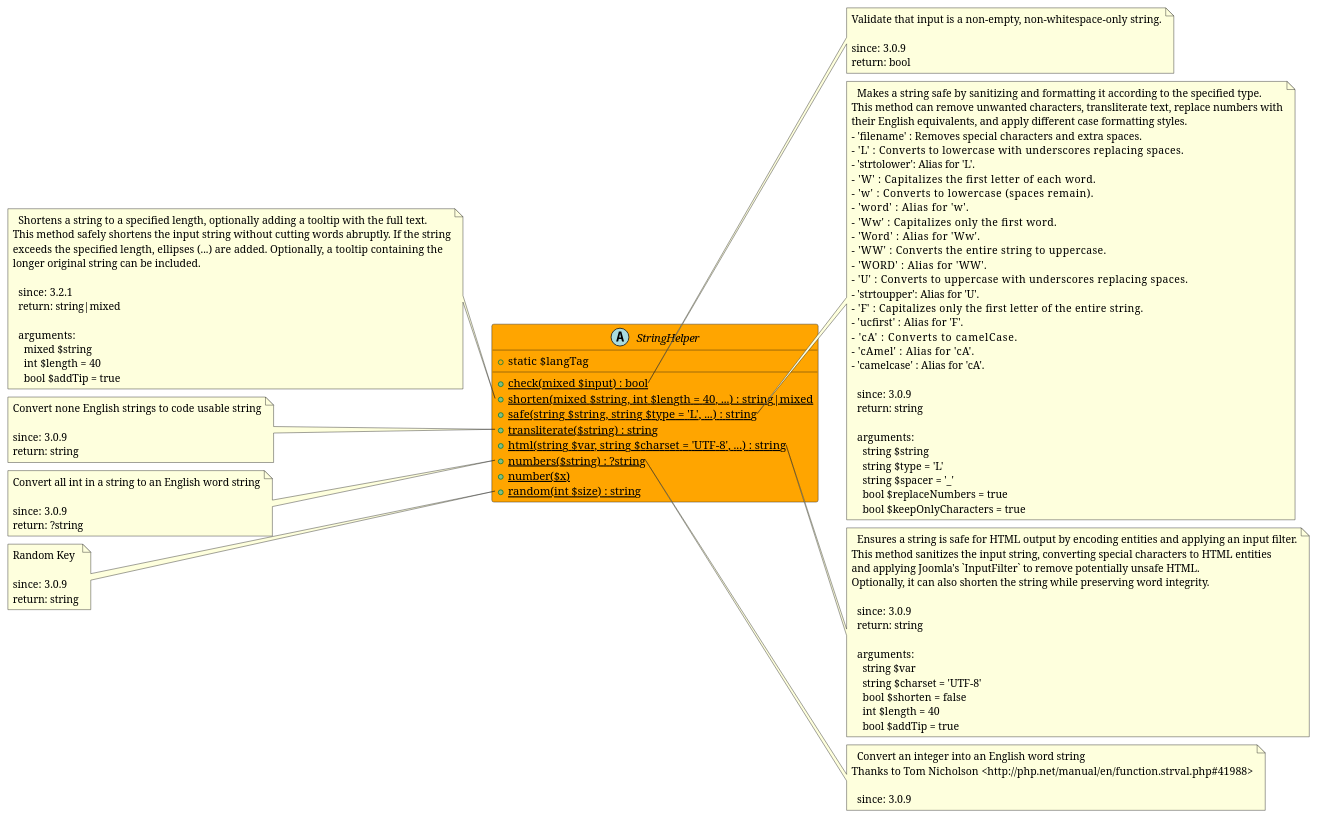
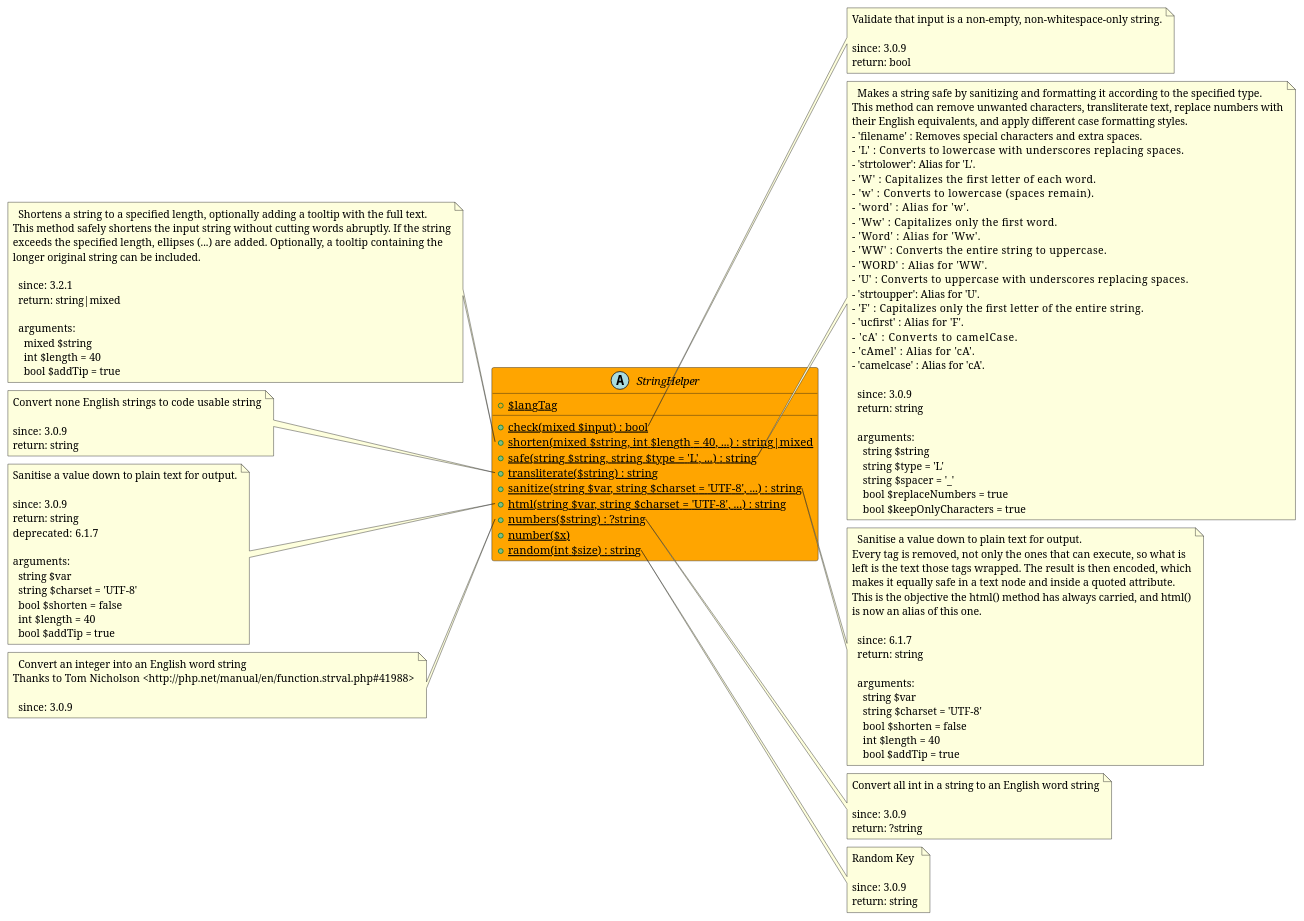
Before and after one commit to joomengine/super-powers: the diagram in src/1f28cb53-60d9-4db1-b517-3c7dc6b429ef/README.md, drawn with PlantUML. The commit also changed other lines of this file, not shown here.

Commit message:
Update Utilities String Helper readme file

```diff
--- a/src/1f28cb53-60d9-4db1-b517-3c7dc6b429ef/README.md
+++ b/src/1f28cb53-60d9-4db1-b517-3c7dc6b429ef/README.md
@@ -6,11 +6,12 @@
 @startuml
 
 abstract StringHelper  #Orange {
-  + static $langTag
+  + {static} $langTag
   + {static} check(mixed $input) : bool
   + {static} shorten(mixed $string, int $length = 40, ...) : string|mixed
   + {static} safe(string $string, string $type = 'L', ...) : string
   + {static} transliterate($string) : string
+  + {static} sanitize(string $var, string $charset = 'UTF-8', ...) : string
   + {static} html(string $var, string $charset = 'UTF-8', ...) : string
   + {static} numbers($string) : ?string
   + {static} number($x)
@@ -79,13 +80,15 @@
   return: string
 end note
 
-note right of StringHelper::html
-  Ensures a string is safe for HTML output by encoding entities and applying an input filter.
-This method sanitizes the input string, converting special characters to HTML entities
-and applying Joomla's `InputFilter` to remove potentially unsafe HTML.
-Optionally, it can also shorten the string while preserving word integrity.
+note right of StringHelper::sanitize
+  Sanitise a value down to plain text for output.
+Every tag is removed, not only the ones that can execute, so what is
+left is the text those tags wrapped. The result is then encoded, which
+makes it equally safe in a text node and inside a quoted attribute.
+This is the objective the html() method has always carried, and html()
+is now an alias of this one.
 
-  since: 3.0.9
+  since: 6.1.7
   return: string
   
   arguments:
@@ -96,21 +99,36 @@
     bool $addTip = true
 end note
 
-note left of StringHelper::numbers
+note left of StringHelper::html
+  Sanitise a value down to plain text for output.
+
+  since: 3.0.9
+  return: string
+  deprecated: 6.1.7
+  
+  arguments:
+    string $var
+    string $charset = 'UTF-8'
+    bool $shorten = false
+    int $length = 40
+    bool $addTip = true
+end note
+
+note right of StringHelper::numbers
   Convert all int in a string to an English word string
 
   since: 3.0.9
   return: ?string
 end note
 
-note right of StringHelper::number
+note left of StringHelper::number
   Convert an integer into an English word string
 Thanks to Tom Nicholson <http://php.net/manual/en/function.strval.php#41988>
 
   since: 3.0.9
 end note
 
-note left of StringHelper::random
+note right of StringHelper::random
   Random Key
 
   since: 3.0.9
```
